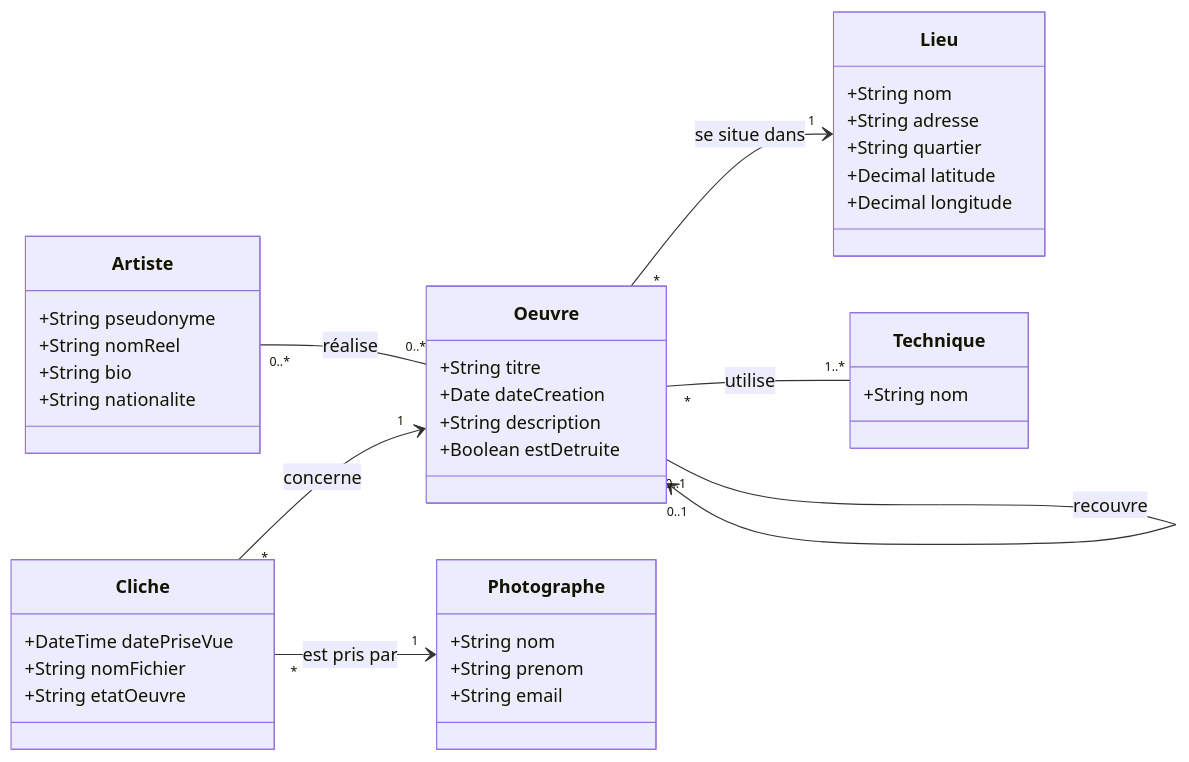
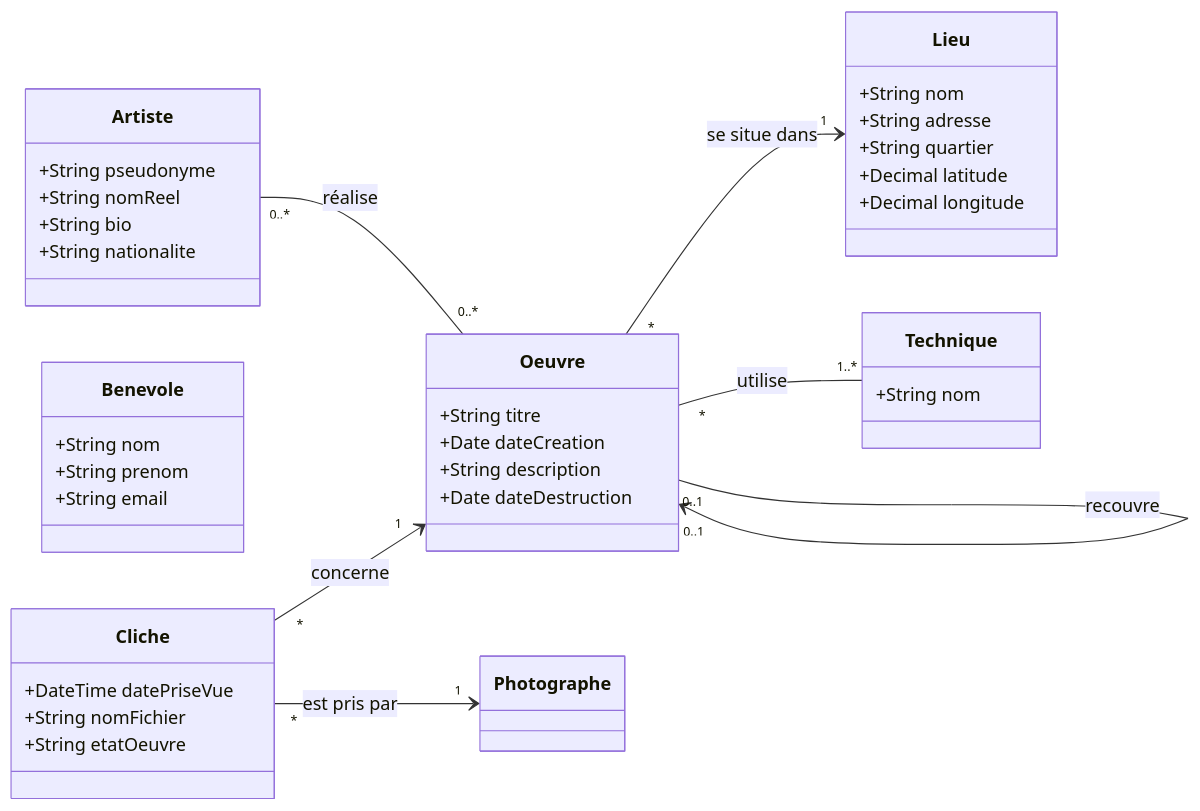
Before and after one commit to AlanFerronniere/EPSI_B2_20262027: the diagram in Conception Exploitation de BDD MSSQL/Révision Merise - UML.md, drawn with Mermaid. The commit also changed other lines of this file, not shown here.

Commit message:
vault backup: 2026-09-22 10:26:20

````diff
--- a/Conception Exploitation de BDD MSSQL/Révision Merise - UML.md
+++ b/Conception Exploitation de BDD MSSQL/Révision Merise - UML.md
@@ -18,49 +18,49 @@
 ```mermaid
 classDiagram
     direction LR
 
     class Artiste {
         +String pseudonyme
         +String nomReel
         +String bio
         +String nationalite
     }
 
     class Lieu {
         +String nom
         +String adresse
         +String quartier
         +Decimal latitude
         +Decimal longitude
     }
 
     class Oeuvre {
         +String titre
         +Date dateCreation
         +String description
-        +Boolean estDetruite
+        +Date dateDestruction
     }
 
     class Technique {
         +String nom
     }
 
-    class Photographe {
+    class Benevole {
         +String nom
         +String prenom
         +String email
     }
 
     class Cliche {
         +DateTime datePriseVue
         +String nomFichier
         +String etatOeuvre
     }
 
     Artiste "0..*" -- "0..*" Oeuvre : réalise
     Oeuvre "*" --> "1" Lieu : se situe dans
     Oeuvre "*" -- "1..*" Technique : utilise
     Cliche "*" --> "1" Oeuvre : concerne
     Cliche "*" --> "1" Photographe : est pris par
     Oeuvre "0..1" --> "0..1" Oeuvre : recouvre
 ```
````
